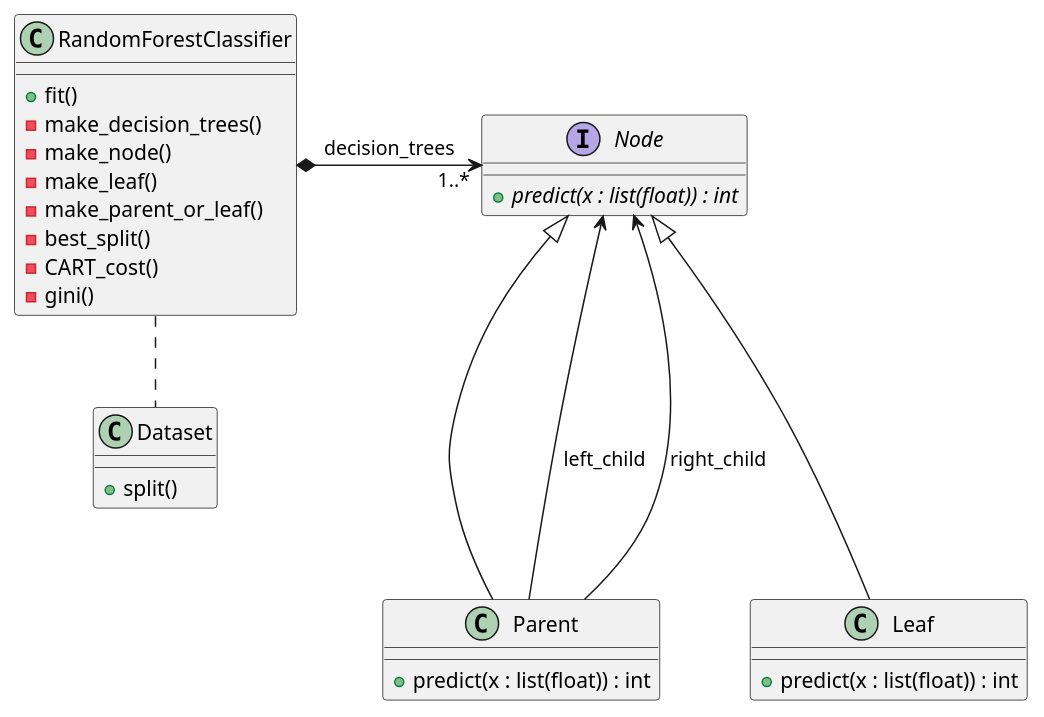
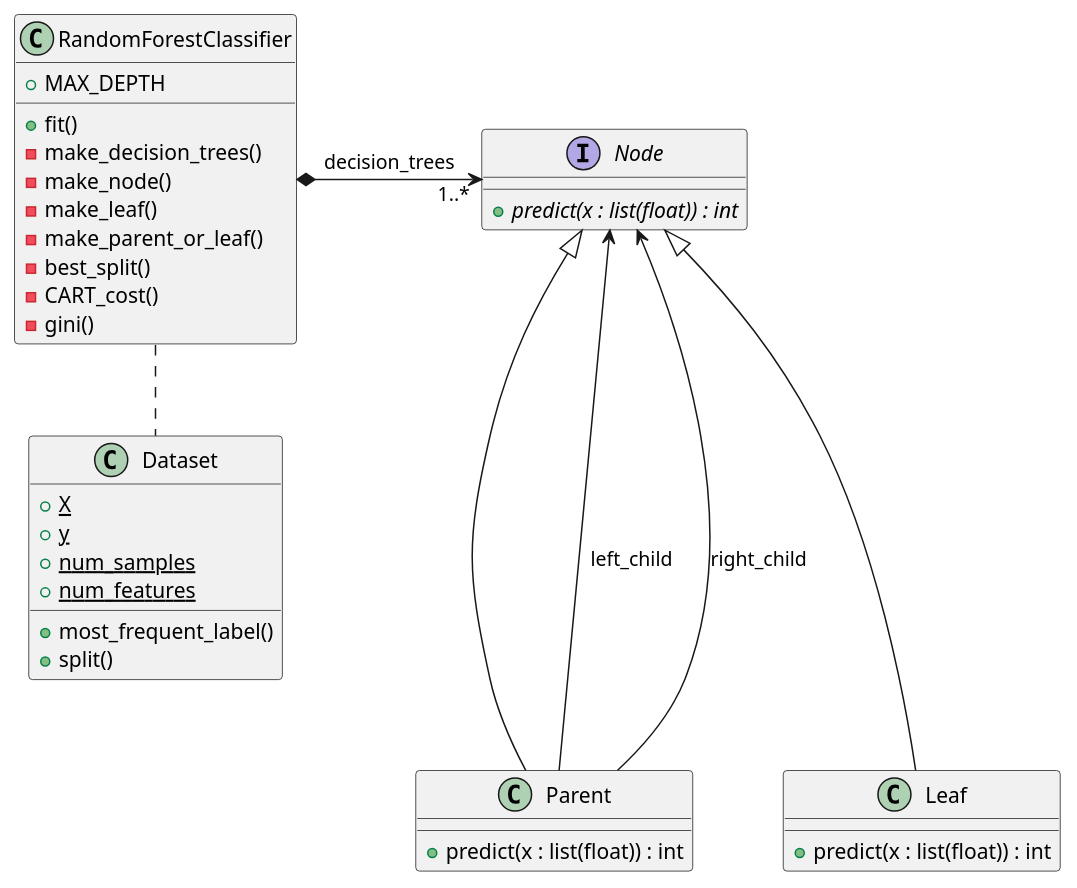
One commit to NIU1752648/POO changed the diagram in Practica/Milestone 1/RandomForest.puml. Above: the diagram before and after it, drawn with PlantUML.

Commit message:
Estructura Clases puml

```diff
--- a/Practica/Milestone 1/RandomForest.puml
+++ b/Practica/Milestone 1/RandomForest.puml
@@ -1,36 +1,43 @@
 @startuml
 class RandomForestClassifier {
++MAX_DEPTH
 +fit()
 -make_decision_trees()
 -make_node()
 -make_leaf()
 -make_parent_or_leaf()
 -best_split()
 -CART_cost()
 -gini()
 }
 
 interface Node {
 {abstract} +predict(x : list(float)) : int
 }
 
 class Leaf {
 +predict(x : list(float)) : int
 }
 
 class Parent {
 +predict(x : list(float)) : int
 }
 
 class Dataset {
++ {static}X
++ {static}y
++ {static}num_samples
++ {static}num_features
+
++ most_frequent_label()
 +split()
 }
 
 RandomForestClassifier *-right-> "1..*" Node : decision_trees
 Leaf -up--|> Node
 Parent -up--|> Node
 Parent ---> Node : left_child
 Parent ---> Node : right_child
 RandomForestClassifier .down. Dataset
 
 @enduml
```
